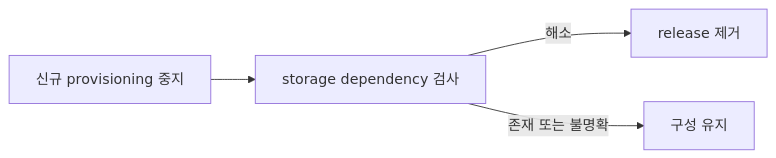
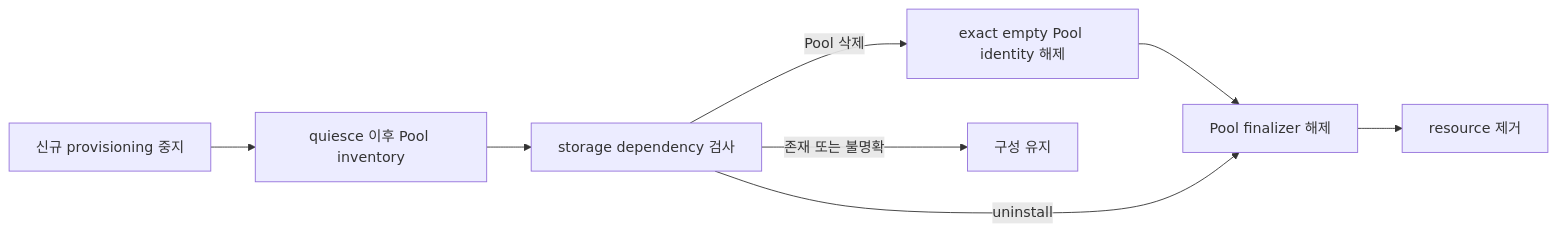
Before and after one commit to cagojeiger/ShiftPV: the diagram in docs/adr/0011-fail-closed-uninstall-guard.md, drawn with Mermaid. The commit also changed other lines of this file and 166 other files, not shown here.

First line of the commit message:
feat: make storage lifecycle identity-bound (#48)

````diff
--- a/docs/adr/0011-fail-closed-uninstall-guard.md
+++ b/docs/adr/0011-fail-closed-uninstall-guard.md
@@ -14,6 +14,10 @@
 ```mermaid
 flowchart LR
-    STOP[신규 provisioning 중지] --> CHECK[storage dependency 검사]
-    CHECK -->|해소| DELETE[release 제거]
+    STOP[신규 provisioning 중지] --> OBSERVE[quiesce 이후 Pool inventory]
+    OBSERVE --> CHECK[storage dependency 검사]
+    CHECK -->|Pool 삭제| ID[exact empty Pool identity 해제]
+    ID --> RELEASE[Pool finalizer 해제]
+    CHECK -->|uninstall| RELEASE
+    RELEASE --> DELETE[resource 제거]
     CHECK -->|존재 또는 불명확| HOLD[구성 유지]
 ```
````
